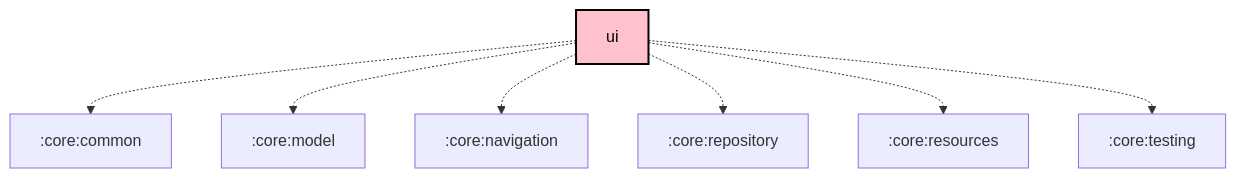
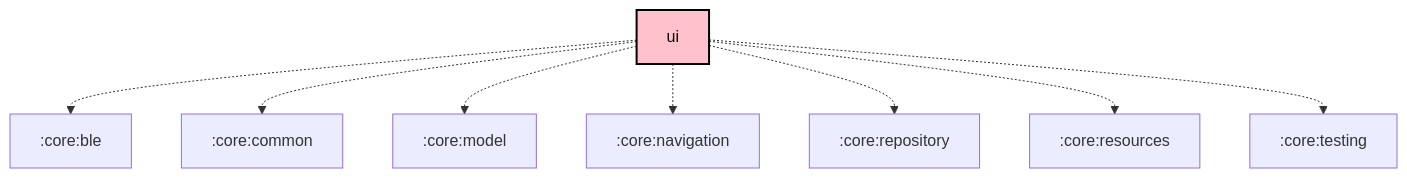
One commit to meshtastic/Meshtastic-Android changed the diagram in core/ui/README.md. Above: the diagram before and after it, drawn with Mermaid. The commit also changed 2 other files, not shown here.

Commit message:
chore: Scheduled updates (Graphs, Baseline Profile) (#8302)

````diff
--- a/core/ui/README.md
+++ b/core/ui/README.md
@@ -60,24 +60,25 @@
 ```mermaid
 graph TB
   :core:ui[ui]:::kmp-library-compose
+  :core:ui -.-> :core:ble
   :core:ui -.-> :core:common
   :core:ui -.-> :core:model
   :core:ui -.-> :core:navigation
   :core:ui -.-> :core:repository
   :core:ui -.-> :core:resources
   :core:ui -.-> :core:testing
 
 classDef android-application fill:#CAFFBF,stroke:#000,stroke-width:2px,color:#000;
 classDef android-application-compose fill:#CAFFBF,stroke:#000,stroke-width:2px,color:#000;
 classDef compose-desktop-application fill:#CAFFBF,stroke:#000,stroke-width:2px,color:#000;
 classDef android-feature fill:#FFD6A5,stroke:#000,stroke-width:2px,color:#000;
 classDef android-library fill:#9BF6FF,stroke:#000,stroke-width:2px,color:#000;
 classDef android-library-compose fill:#9BF6FF,stroke:#000,stroke-width:2px,color:#000;
 classDef android-test fill:#A0C4FF,stroke:#000,stroke-width:2px,color:#000;
 classDef jvm-library fill:#BDB2FF,stroke:#000,stroke-width:2px,color:#000;
 classDef kmp-feature fill:#FFD6A5,stroke:#000,stroke-width:2px,color:#000;
 classDef kmp-library-compose fill:#FFC1CC,stroke:#000,stroke-width:2px,color:#000;
 classDef kmp-library fill:#FFC1CC,stroke:#000,stroke-width:2px,color:#000;
 classDef unknown fill:#FFADAD,stroke:#000,stroke-width:2px,color:#000;
 
 ```
````
